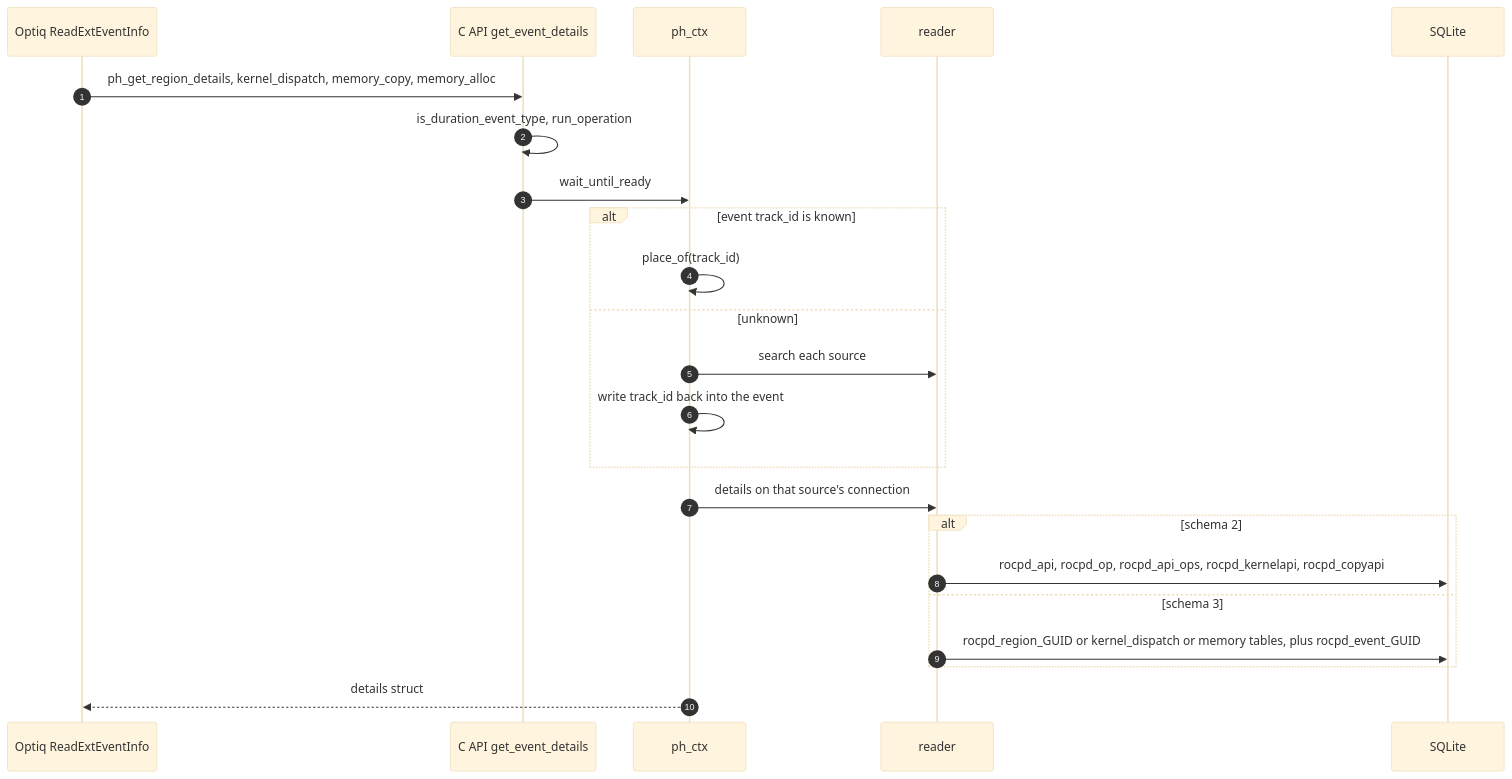
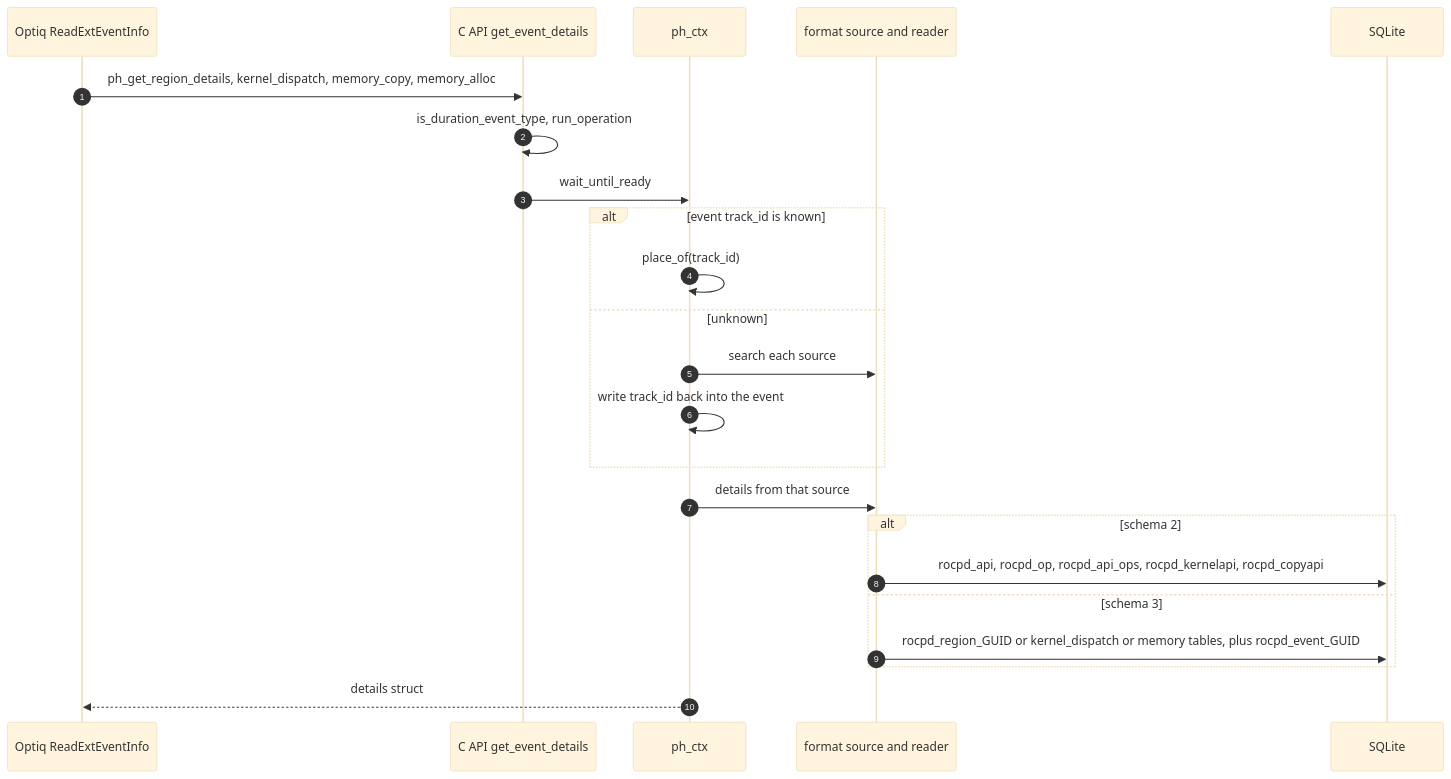
Before and after one commit to ROCm/rocm-systems: the fifth of 8 diagrams in profilers/profiler-hub/docs/optiq-integration/reader-execution-flow.md, drawn with Mermaid (base theme). The commit also changed other lines of this file and 4 other files, not shown here.

````diff
--- a/profilers/profiler-hub/docs/optiq-integration/reader-execution-flow.md
+++ b/profilers/profiler-hub/docs/optiq-integration/reader-execution-flow.md
@@ -325,26 +331,26 @@
 ```mermaid
 sequenceDiagram
   autonumber
   participant O as Optiq ReadExtEventInfo
   participant C as C API get_event_details
   participant X as ph_ctx
-  participant RD as reader
+  participant RD as format source and reader
   participant S as SQLite
 
   O->>C: ph_get_region_details, kernel_dispatch, memory_copy, memory_alloc
   C->>C: is_duration_event_type, run_operation
   C->>X: wait_until_ready
   alt event track_id is known
     X->>X: place_of(track_id)
   else unknown
     X->>RD: search each source
     X->>X: write track_id back into the event
   end
-  X->>RD: details on that source's connection
+  X->>RD: details from that source
   alt schema 2
     RD->>S: rocpd_api, rocpd_op, rocpd_api_ops, rocpd_kernelapi, rocpd_copyapi
   else schema 3
     RD->>S: rocpd_region_GUID or kernel_dispatch or memory tables, plus rocpd_event_GUID
   end
   X-->>O: details struct
 ```
````
